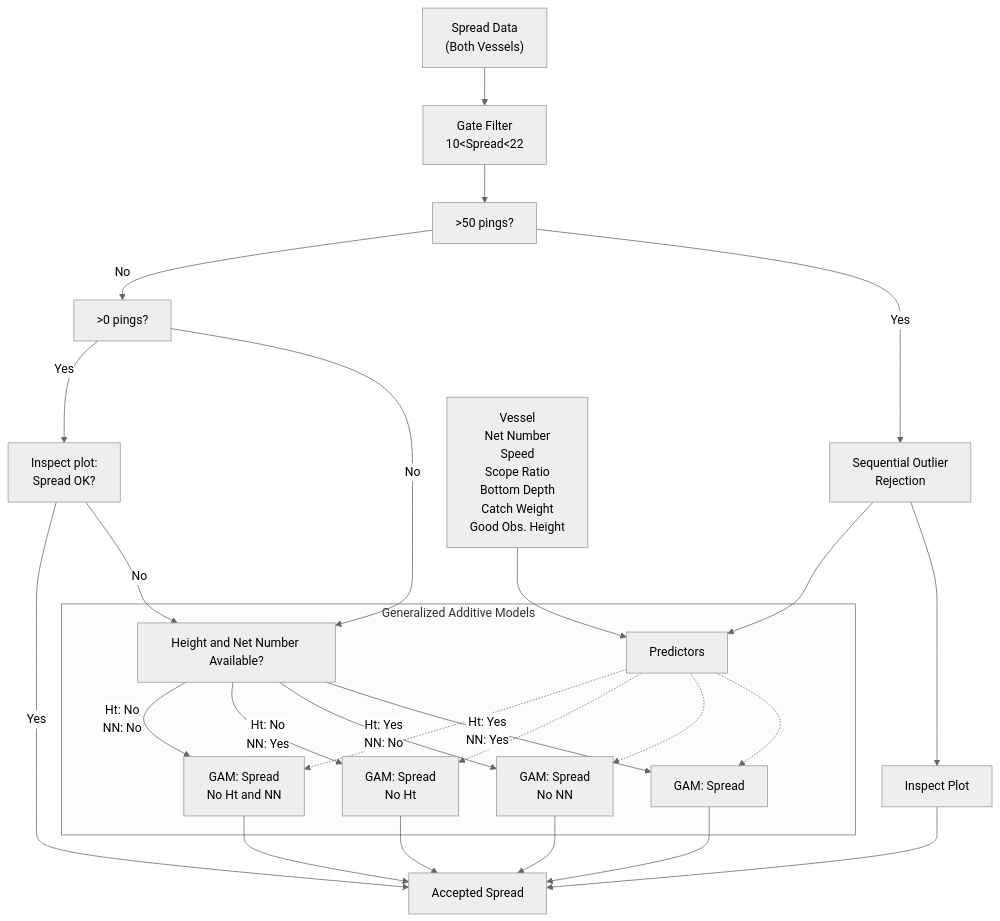
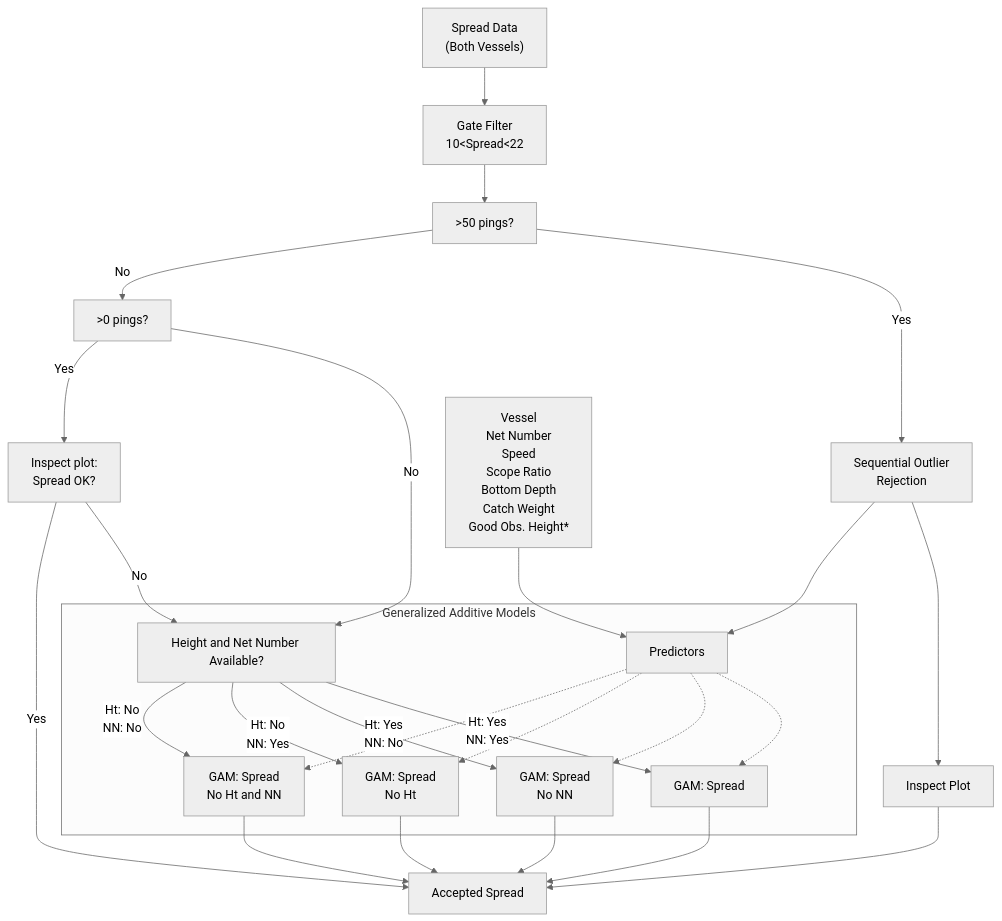
One commit to afsc-gap-products/trawlmetrics changed the third of 6 diagrams in assets/nm_flowchart.md. Above: the diagram before and after it, drawn with Mermaid (neutral theme). The commit also changed other lines of this file, not shown here.

Commit message:
add footnote to define good obs height

````diff
--- a/assets/nm_flowchart.md
+++ b/assets/nm_flowchart.md
@@ -71,29 +71,29 @@
 ``` mermaid
 graph TD
     SA["Spread Data<br>(Both Vessels)"]-->SB["Gate Filter<br>10&lt;Spread&lt;22"]
     SB["Gate Filter<br>10&lt;Spread&lt;22"]-->SC["&gt;50 pings?"]
     SC["&gt;50 pings?"]-->|Yes| SV[Sequential Outlier<br>Rejection]
     SC["&gt;50 pings?"]-->|No| SF["&gt;0 pings"]
     SV[Sequential Outlier<br>Rejection]-->SW[Inspect Plot]
     SF["&gt;0 pings?"]-->|No| SL[Height and Net Number Available?]
     SF["&gt;0 pings?"]-->|Yes| SI[Inspect plot:<br>Spread OK?]
     SI[Inspect plot:<br>Spread OK?]-->|No| SL[Height and Net Number Available?]
     SI[Inspect plot:<br>Spread OK?]-->|Yes| SU[Accepted Spread]
     SV[Sequential Outlier<br>Rejection]-->SX[Predictors]
-    SD[Vessel<br>Net Number<br>Speed<br>Scope Ratio<br>Bottom Depth<br>Catch Weight<br>Good Obs. Height]-->SX[Predictors]
+    SD[Vessel<br>Net Number<br>Speed<br>Scope Ratio<br>Bottom Depth<br>Catch Weight<br>Good Obs. Height*]-->SX[Predictors]
     subgraph Generalized Additive Models
       SL[Height and Net Number Available?]-->|Ht: Yes<br>NN: Yes| SQ[GAM: Spread]
       SL[Height and Net Number Available?]-->|Ht: Yes<br>NN: No| SR[GAM: Spread<br>No NN]
       SL[Height and Net Number Available?]-->|Ht: No<br>NN: Yes| SS[GAM: Spread<br>No Ht]
       SL[Height and Net Number Available?]-->|Ht: No<br>NN: No| ST[GAM: Spread<br>No Ht or NN]
       SX[Predictors]-.->SQ[GAM: Spread]
       SX[Predictors]-.->SR[GAM: Spread<br>No NN]
       SX[Predictors]-.->SS[GAM: Spread<br>No Ht]
       SX[Predictors]-.->ST[GAM: Spread<br>No Ht or NN]
     end
     SQ[GAM: Spread]-->SU[Accepted Spread]
     SR[GAM: Spread<br>No NN]-->SU[Accepted Spread]
     SS[GAM: Spread<br>No Ht]-->SU[Accepted Spread]
     ST[GAM: Spread<br>No Ht and NN]-->SU[Accepted Spread]
     SW[Inspect Plot]-->SU[Accepted Spread]
 ```
````
